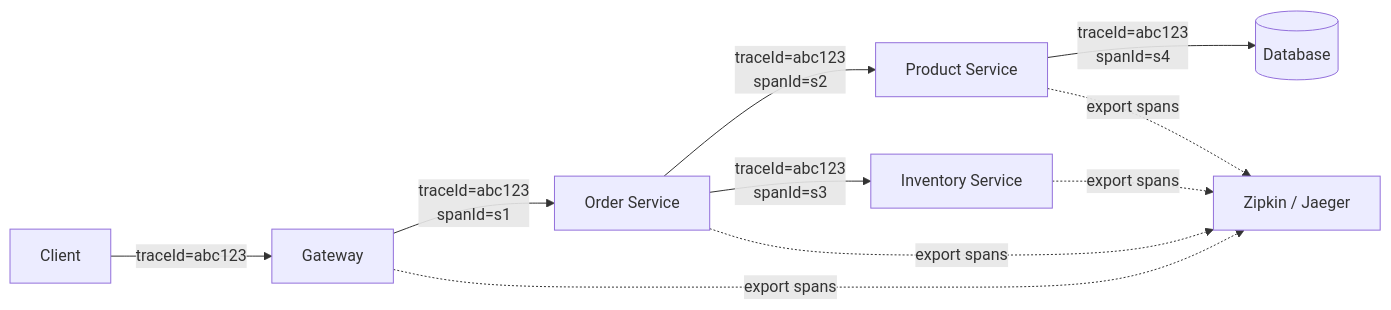
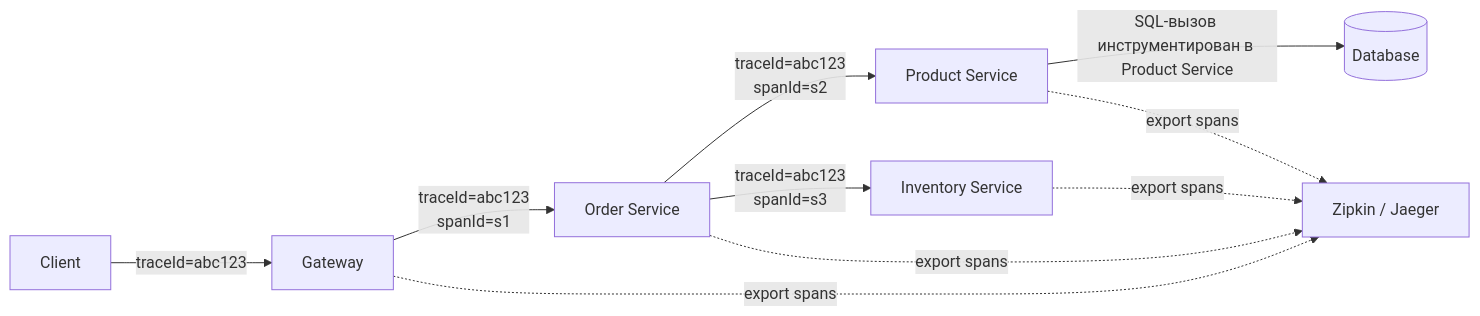
Diagram 18 of 19 in cheatsheets/interview/frameworks/spring/spring-cloud-interview.md (akeverus/cheat-sheet), drawn with Mermaid before and after one commit. The commit also changed other lines of this file and 2 other files, not shown here.

````diff
--- a/cheatsheets/interview/frameworks/spring/spring-cloud-interview.md
+++ b/cheatsheets/interview/frameworks/spring/spring-cloud-interview.md
@@ -1042,13 +1238,13 @@
 ```mermaid
 graph LR
     C[Client] -->|traceId=abc123| GW[Gateway]
     GW -->|traceId=abc123<br/>spanId=s1| OS[Order Service]
     OS -->|traceId=abc123<br/>spanId=s2| PS[Product Service]
     OS -->|traceId=abc123<br/>spanId=s3| IS[Inventory Service]
-    PS -->|traceId=abc123<br/>spanId=s4| DB[(Database)]
+    PS -->|SQL-вызов инструментирован в Product Service| DB[(Database)]
 
     OS -.->|export spans| ZIP[Zipkin / Jaeger]
     PS -.->|export spans| ZIP
     IS -.->|export spans| ZIP
     GW -.->|export spans| ZIP
 ```
````
